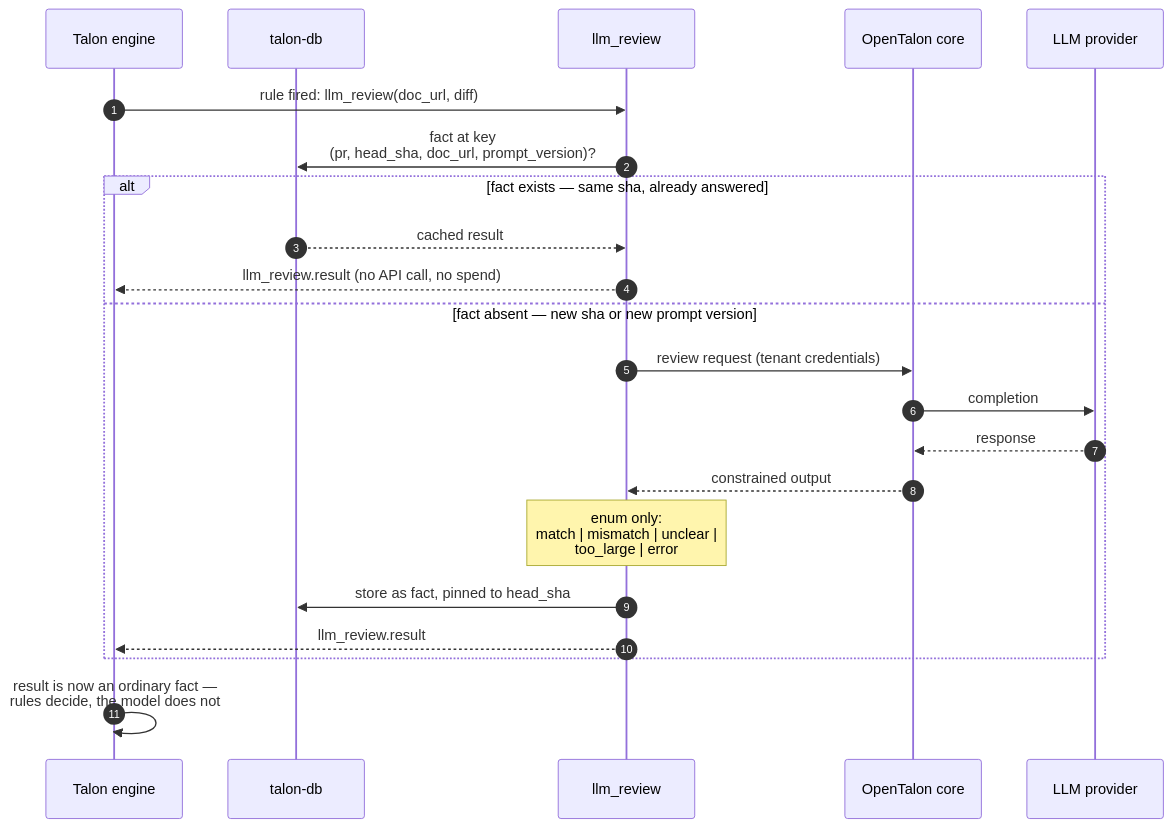
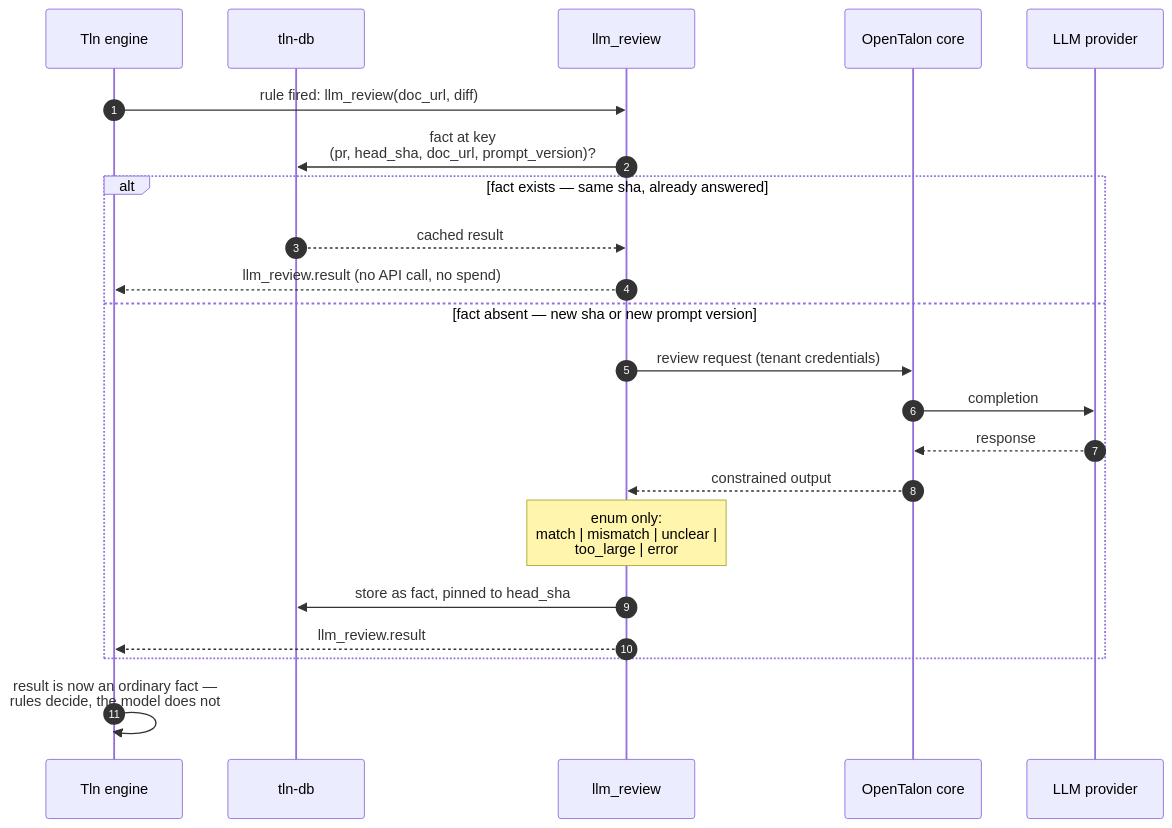
The fifth of 6 diagrams in diagrams.md (opentalon/talooner-plugin), drawn with Mermaid before and after one commit. The commit also changed other lines of this file and 29 other files, not shown here.

First line of the commit message:
chore: migrate talon-language deps to tln (#48)

````diff
--- a/diagrams.md
+++ b/diagrams.md
@@ -223,27 +223,27 @@
 ```mermaid
 sequenceDiagram
     autonumber
-    participant ENG as Talon engine
-    participant DB as talon-db
+    participant ENG as Tln engine
+    participant DB as tln-db
     participant LLMR as llm_review
     participant Core as OpenTalon core
     participant API as LLM provider
 
     ENG->>LLMR: rule fired: llm_review(doc_url, diff)
     LLMR->>DB: fact at key<br/>(pr, head_sha, doc_url, prompt_version)?
 
     alt fact exists — same sha, already answered
         DB-->>LLMR: cached result
         LLMR-->>ENG: llm_review.result (no API call, no spend)
     else fact absent — new sha or new prompt version
         LLMR->>Core: review request (tenant credentials)
         Core->>API: completion
         API-->>Core: response
         Core-->>LLMR: constrained output
         Note over LLMR: enum only:<br/>match | mismatch | unclear |<br/>too_large | error
         LLMR->>DB: store as fact, pinned to head_sha
         LLMR-->>ENG: llm_review.result
     end
 
     ENG->>ENG: result is now an ordinary fact —<br/>rules decide, the model does not
 ```
````
